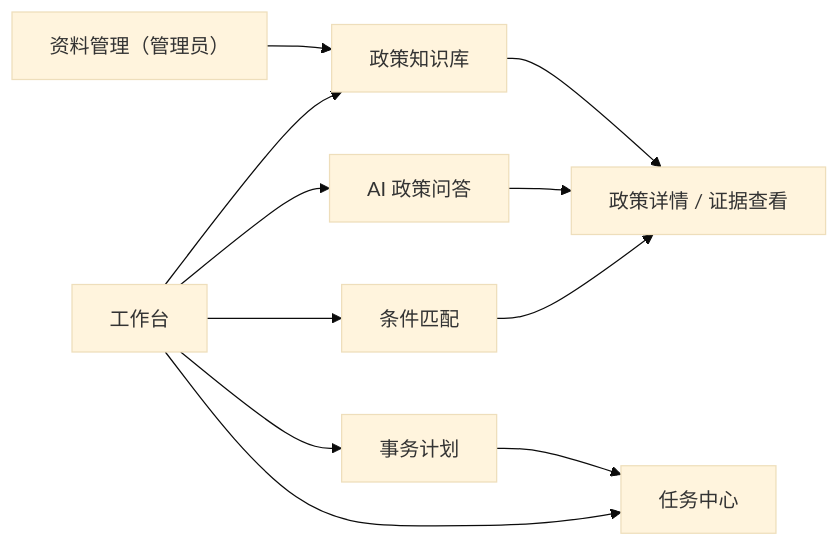
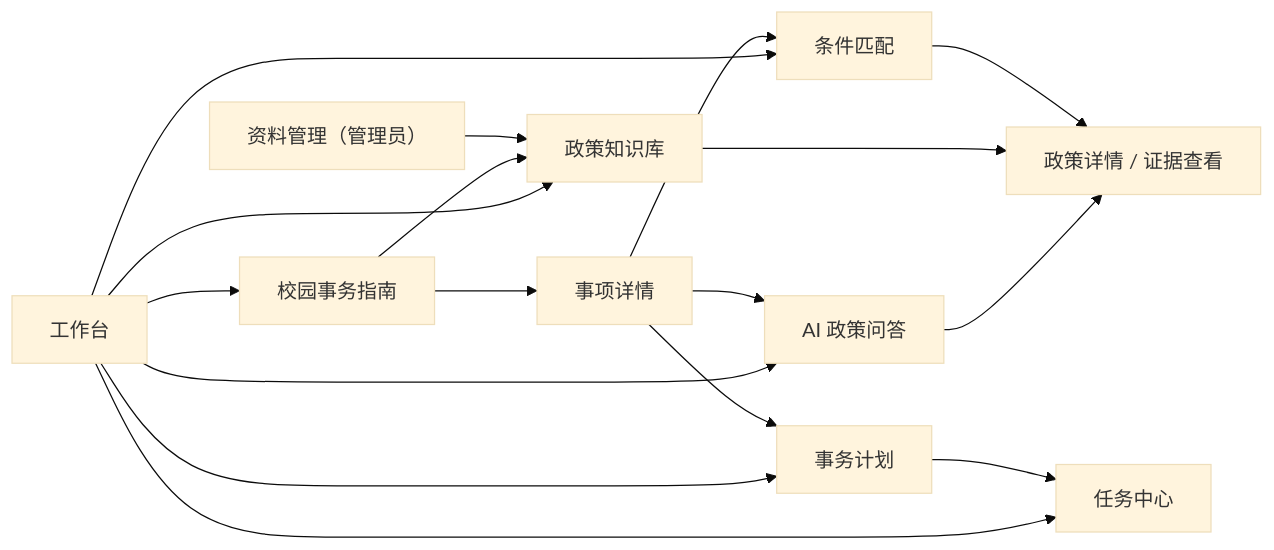
The tenth of 12 diagrams in docs/20-系统设计/系统设计说明书.md (liqing-258/campus-policy-planner), drawn with Mermaid (base theme) before and after one commit. The commit also changed other lines of this file and 2 other files, not shown here.

First line of the commit message:
docs(design): guide chapter, three read-only endpoints, and the missing 2011

````diff
--- a/docs/20-系统设计/系统设计说明书.md
+++ b/docs/20-系统设计/系统设计说明书.md
@@ -1733,13 +1769,19 @@
 ```mermaid
 flowchart LR
-    Home["工作台"] --> KB["政策知识库"]
+    Home["工作台"] --> GUIDE["校园事务指南"]
+    Home --> KB["政策知识库"]
     Home --> QA["AI 政策问答"]
     Home --> MATCH["条件匹配"]
     Home --> PLAN["事务计划"]
     Home --> TASK["任务中心"]
+    GUIDE --> GITEM["事项详情"]
+    GUIDE --> KB
+    GITEM --> QA
+    GITEM --> MATCH
+    GITEM --> PLAN
     QA --> DOC["政策详情 / 证据查看"]
     KB --> DOC
     MATCH --> DOC
     PLAN --> TASK
     ADMIN["资料管理（管理员）"] --> KB
 ```
````
